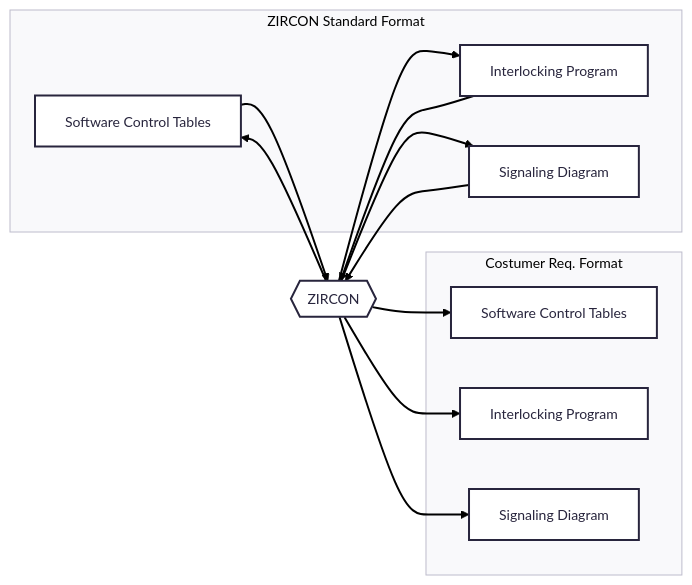
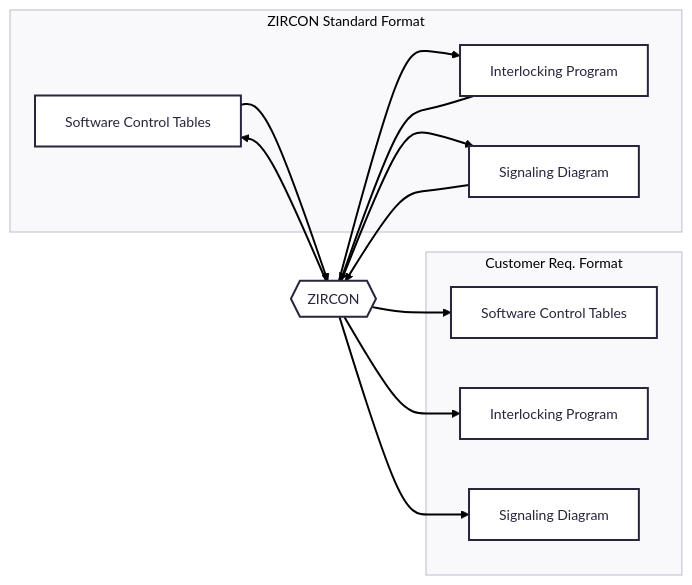
One commit to 7diogo-luis/ZIRCON changed the second of 2 diagrams in README.md. Above: the diagram before and after it, drawn with Mermaid. The commit also changed other lines of this file and 11 other files, not shown here.

````diff
--- a/README.md
+++ b/README.md
@@ -219,29 +213,31 @@
 ```mermaid
 ---
 config:
   theme: redux
   layout: fixed
 ---
 flowchart LR
- subgraph s1["ZIRCON Standard Format"]
-        n12@{ label: "<span style=\"background-color:\">Software Control Tables</span>" }
-        n14@{ label: "<span style=\"background-color:\">Interlocking Program</span>" }
-        n16@{ label: "<span style=\"background-color:\">Signaling Diagram</span>" }
+  subgraph s1["ZIRCON Standard Format"]
+        n12["Software Control Tables"]
+        n14["Interlocking Program"]
+        n16["Signaling Diagram"]
   end
- subgraph s2["Costumer Req. Format"]
-        n17@{ label: "<span style=\"background-color:\">Software Control Tables</span>" }
-        n18@{ label: "<span style=\"background-color:\">Interlocking Program</span>" }
-        n19@{ label: "<span style=\"background-color:\">Signaling Diagram</span>" }
+
+  subgraph s2["Customer Req. Format"]
+        n17["Software Control Tables"]
+        n18["Interlocking Program"]
+        n19["Signaling Diagram"]
   end
-    n1["ZIRCON"] --> n19 & n18 & n17 & n12 & n14 & n16
-    n12 --> n1
-    n14 --> n1
-    n16 --> n1
-    n12@{ shape: rect}
-    n14@{ shape: rect}
-    n16@{ shape: rect}
-    n17@{ shape: rect}
-    n18@{ shape: rect}
-    n19@{ shape: rect}
-    n1@{ shape: hex}
+
+  n1{{"ZIRCON"}} --> n19
+  n1 --> n18
+  n1 --> n17
+  n1 --> n12
+  n1 --> n14
+  n1 --> n16
+
+  n12 --> n1
+  n14 --> n1
+  n16 --> n1
+
 ```
````
